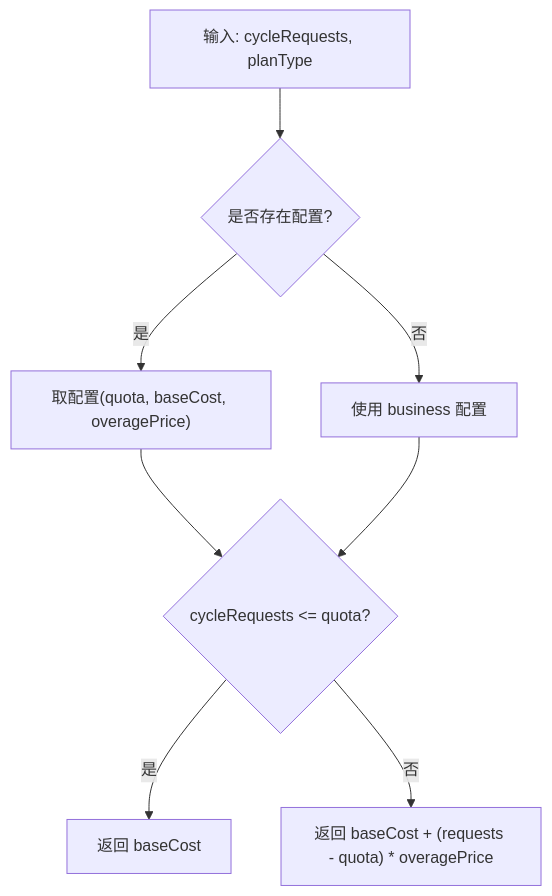
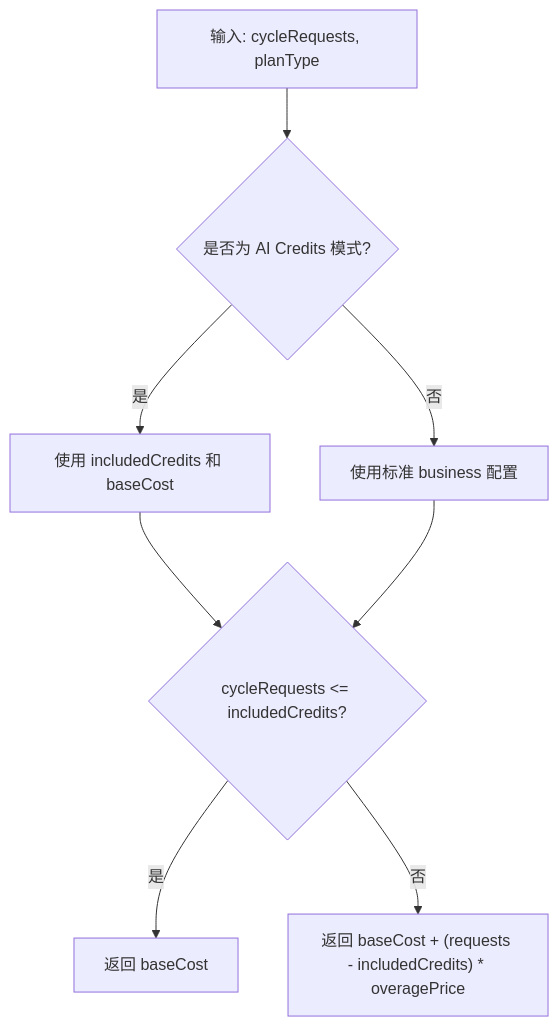
One commit to kissingwolf/CopilotEnterpriseUsageDisplay changed the seventh of 11 diagrams in .qoder/repowiki/zh/content/核心模块/核心模块.md. Above: the diagram before and after it, drawn with Mermaid. The commit also changed other lines of this file and 9 other files, not shown here.

````diff
--- a/.qoder/repowiki/zh/content/核心模块/核心模块.md
+++ b/.qoder/repowiki/zh/content/核心模块/核心模块.md
@@ -340,10 +370,10 @@
 ```mermaid
 flowchart TD
-A["输入: cycleRequests, planType"] --> B{"是否存在配置?"}
-B --> |是| C["取配置(quota, baseCost, overagePrice)"]
-B --> |否| D["使用 business 配置"]
-C --> E{"cycleRequests <= quota?"}
+A["输入: cycleRequests, planType"] --> B{"是否为 AI Credits 模式?"}
+B --> |是| C["使用 includedCredits 和 baseCost"]
+B --> |否| D["使用标准 business 配置"]
+C --> E{"cycleRequests <= includedCredits?"}
 D --> E
 E --> |是| F["返回 baseCost"]
-E --> |否| G["返回 baseCost + (requests - quota) * overagePrice"]
+E --> |否| G["返回 baseCost + (requests - includedCredits) * overagePrice"]
 ```
````
